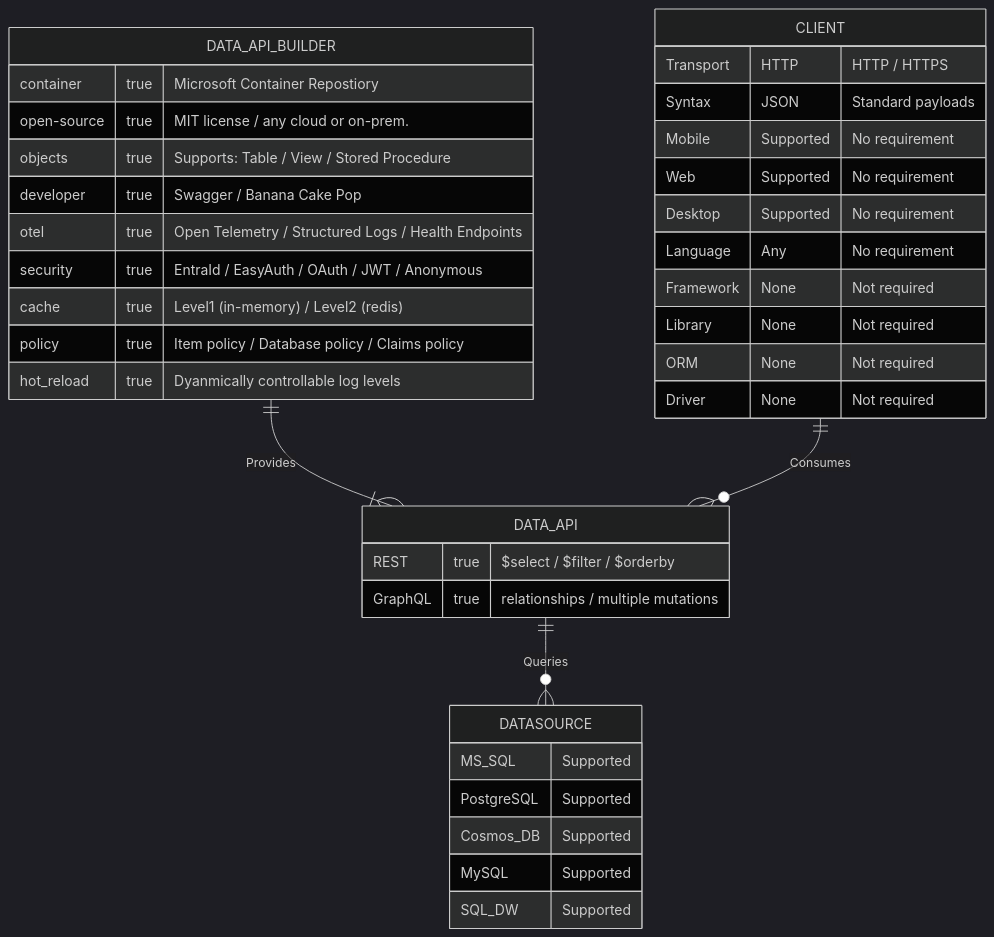
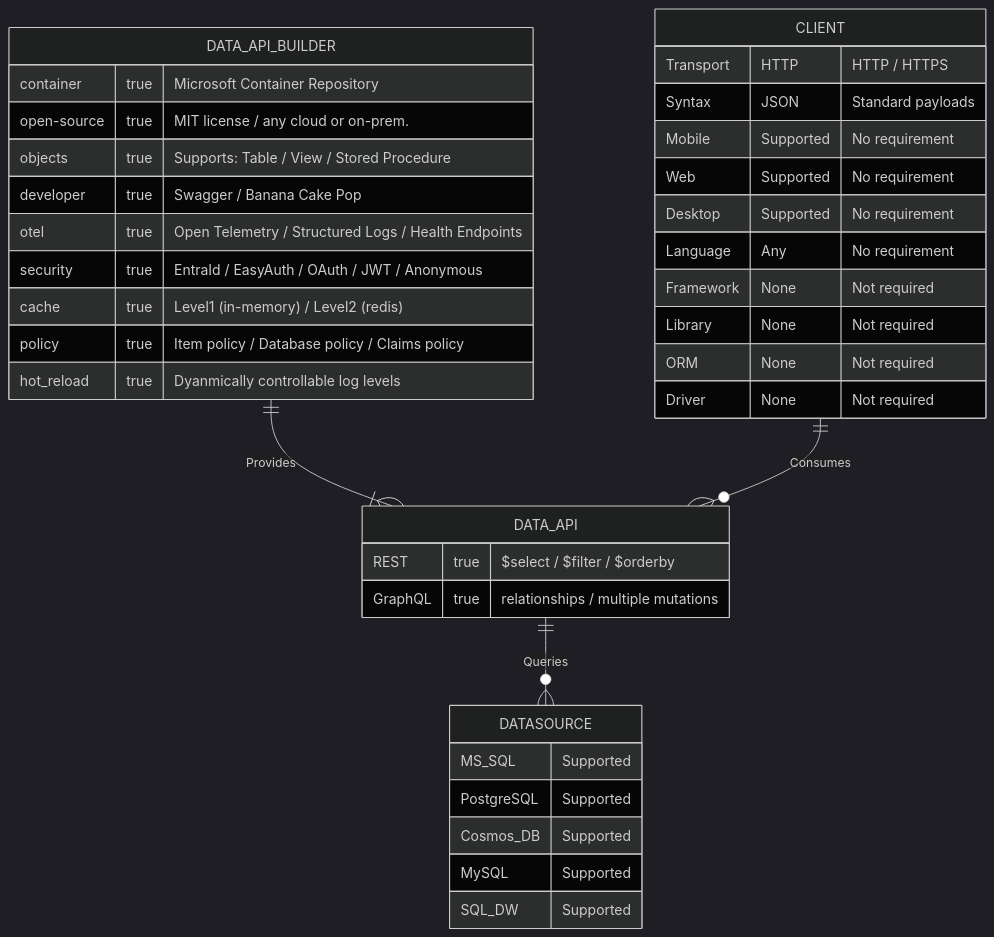
The first of 2 diagrams in README.md (Azure/data-api-builder), drawn with Mermaid (dark theme) before and after one commit.

````diff
--- a/README.md
+++ b/README.md
@@ -20,40 +20,40 @@
 ```mermaid
 erDiagram
     DATA_API_BUILDER ||--|{ DATA_API : "Provides"
     DATA_API_BUILDER {
-        container true "Microsoft Container Repostiory"
+        container true "Microsoft Container Repository"
         open-source true "MIT license / any cloud or on-prem."
         objects true "Supports: Table / View / Stored Procedure"
         developer true "Swagger / Banana Cake Pop"
         otel true "Open Telemetry / Structured Logs / Health Endpoints"
         security true "EntraId / EasyAuth / OAuth / JWT / Anonymous"
         cache true "Level1 (in-memory) / Level2 (redis)"
         policy true "Item policy / Database policy / Claims policy"
         hot_reload true "Dyanmically controllable log levels"
     }
     DATA_API ||--o{ DATASOURCE : "Queries"
     DATA_API {
         REST true "$select / $filter / $orderby"
         GraphQL true "relationships / multiple mutations"
     }
     DATASOURCE {
         MS_SQL Supported
         PostgreSQL Supported
         Cosmos_DB Supported
         MySQL Supported
         SQL_DW Supported
     }
     CLIENT ||--o{ DATA_API : "Consumes"
     CLIENT {
         Transport HTTP "HTTP / HTTPS"
         Syntax JSON "Standard payloads"
         Mobile Supported "No requirement"
         Web Supported "No requirement"
         Desktop Supported "No requirement"
         Language Any "No requirement"
         Framework None "Not required"
         Library None "Not required"
         ORM None "Not required"
         Driver None "Not required"
     }
 ```
````
